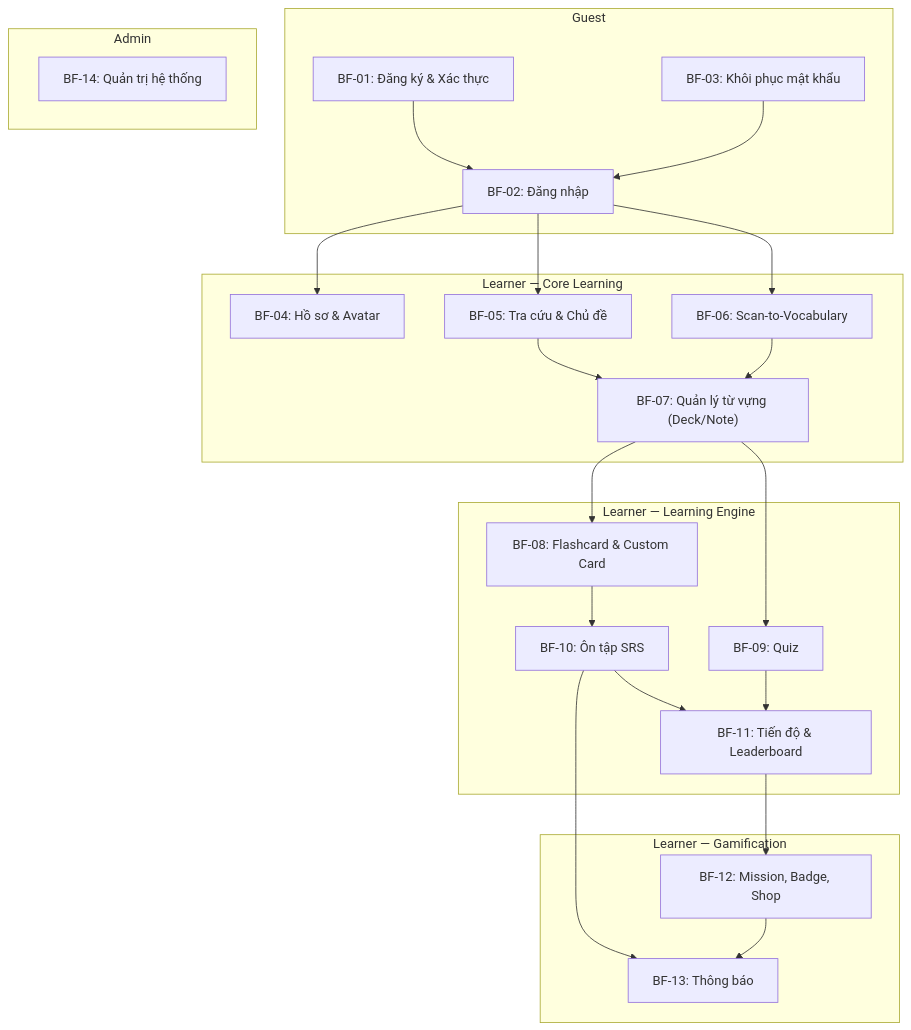
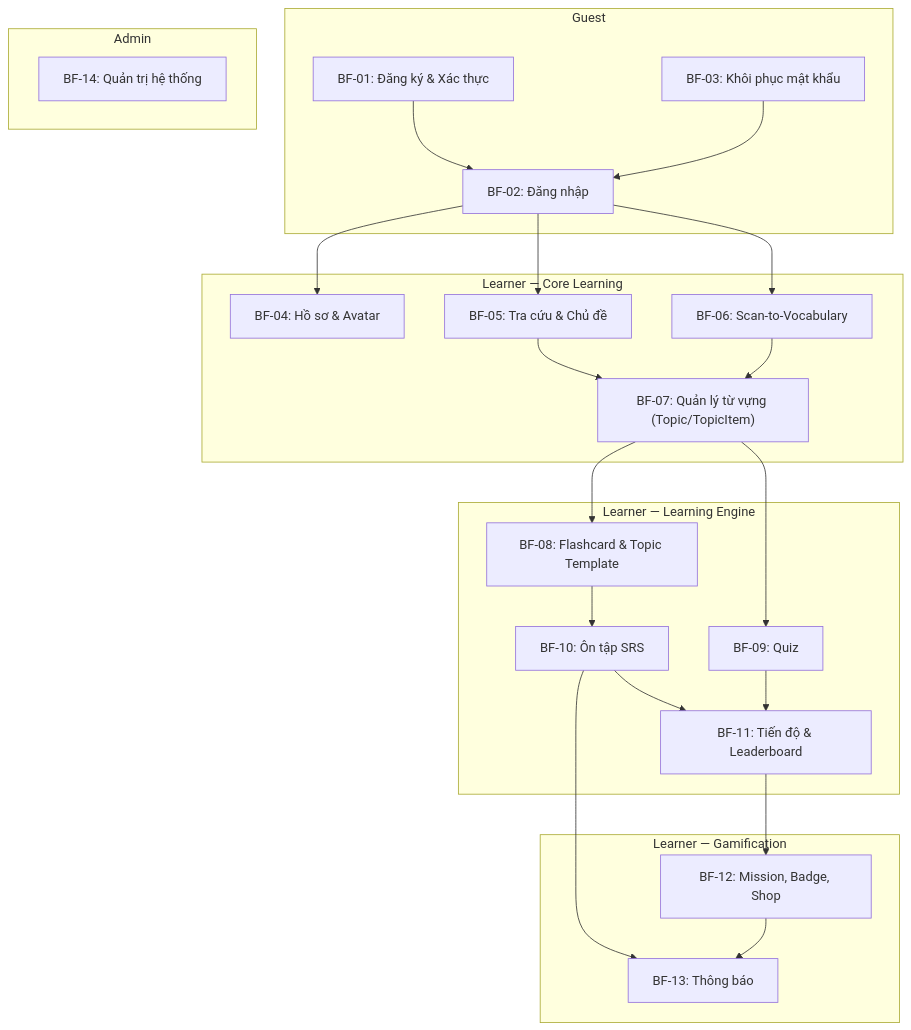
The diagram in spec/buss_mainflow.md (SnapVocab/docs), drawn with Mermaid before and after one commit. The commit also changed other lines of this file and 11 other files, not shown here.

First line of the commit message:
docs: update architecture to 25-table entity model and add vertical task breakdown xlsx

````diff
--- a/spec/buss_mainflow.md
+++ b/spec/buss_mainflow.md
@@ -756,47 +753,47 @@
 ```mermaid
 flowchart TD
     subgraph Guest
         A["BF-01: Đăng ký & Xác thực"]
         B["BF-02: Đăng nhập"]
         C["BF-03: Khôi phục mật khẩu"]
     end
 
     subgraph Learner_Core["Learner — Core Learning"]
         D["BF-04: Hồ sơ & Avatar"]
         E["BF-05: Tra cứu & Chủ đề"]
         F["BF-06: Scan-to-Vocabulary"]
-        G["BF-07: Quản lý từ vựng (Deck/Note)"]
+        G["BF-07: Quản lý từ vựng (Topic/TopicItem)"]
     end
 
     subgraph Learner_Learn["Learner — Learning Engine"]
-        H["BF-08: Flashcard & Custom Card"]
+        H["BF-08: Flashcard & Topic Template"]
         I["BF-09: Quiz"]
         J["BF-10: Ôn tập SRS"]
         K["BF-11: Tiến độ & Leaderboard"]
     end
 
     subgraph Learner_Game["Learner — Gamification"]
         L["BF-12: Mission, Badge, Shop"]
         M["BF-13: Thông báo"]
     end
 
     subgraph Admin
         N["BF-14: Quản trị hệ thống"]
     end
 
     A --> B
     C --> B
     B --> D
     B --> E
     B --> F
     E --> G
     F --> G
     G --> H
     G --> I
     H --> J
     J --> K
     I --> K
     K --> L
     J --> M
     L --> M
 ```
````
